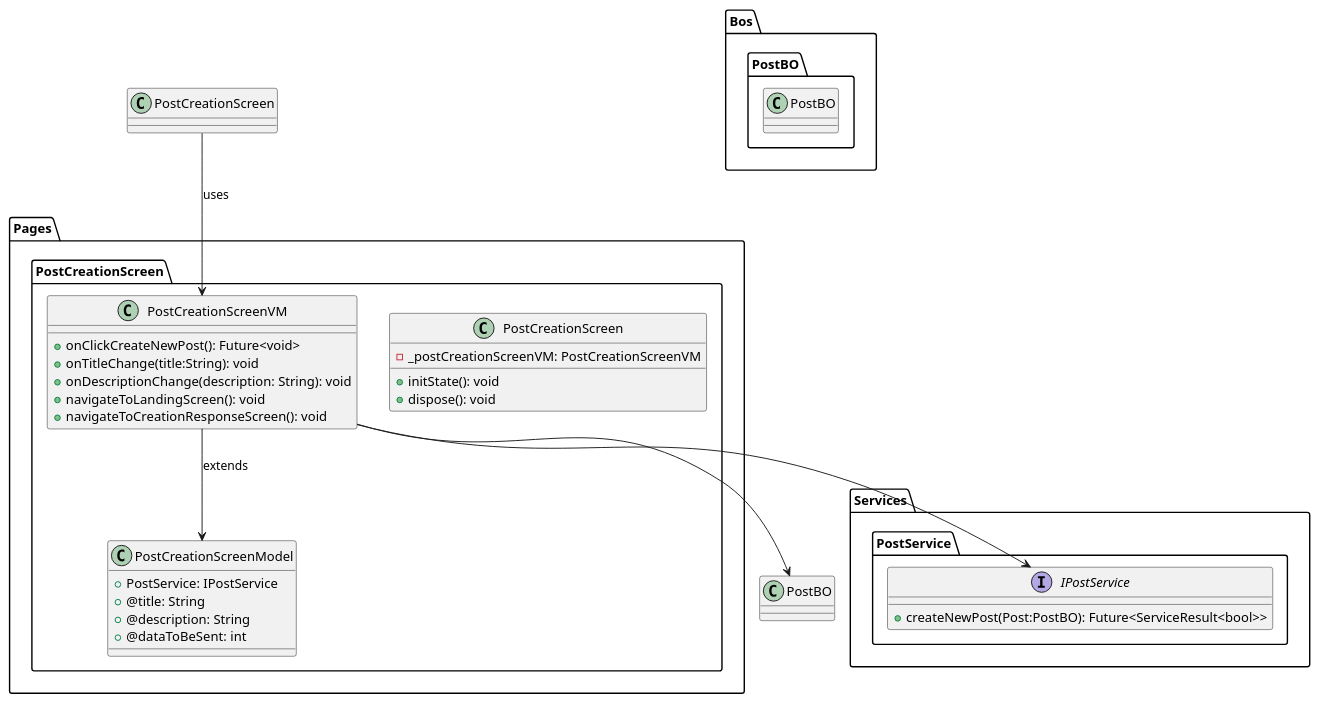
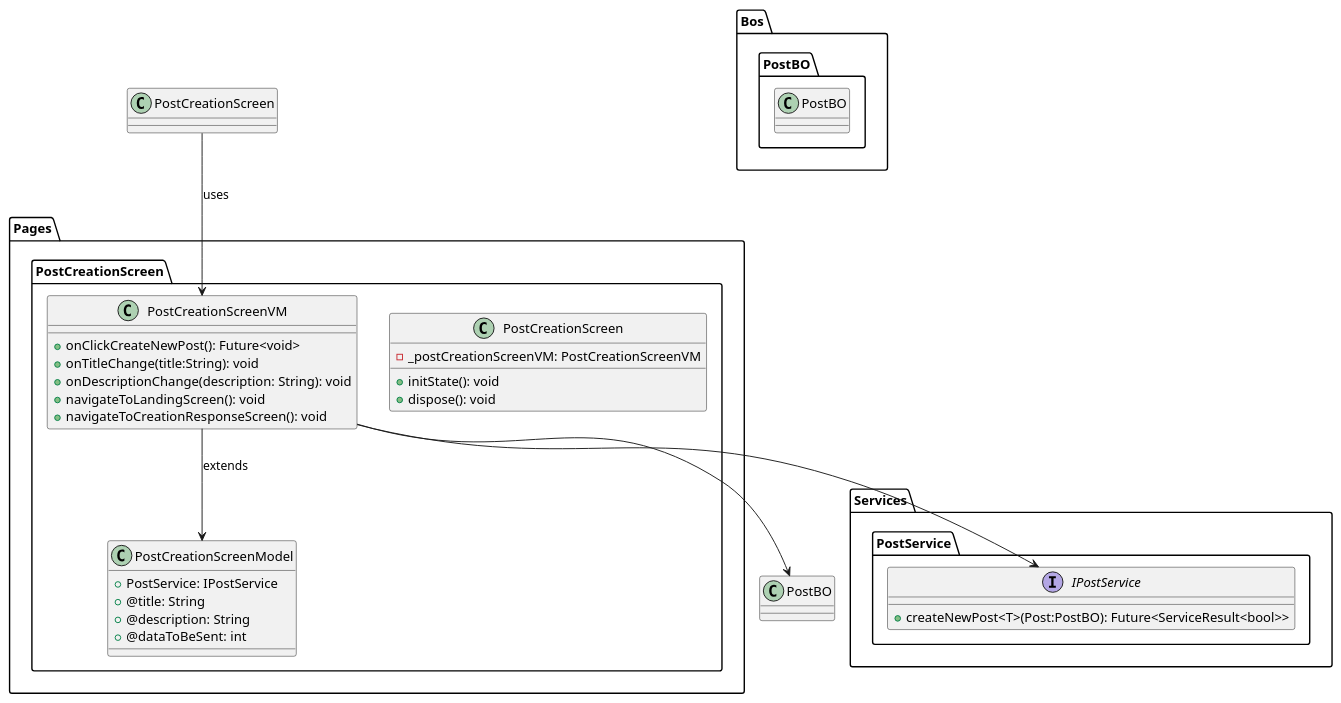
The diagram in lib/Pages/PostCreationScreen/Design/PostCreationScreen-Class.puml (Sriram6122001/Project-Social-media-application), drawn with PlantUML before and after one commit. The commit also changed 10 other files, not shown here.

```diff
--- a/lib/Pages/PostCreationScreen/Design/PostCreationScreen-Class.puml
+++ b/lib/Pages/PostCreationScreen/Design/PostCreationScreen-Class.puml
@@ -1,48 +1,48 @@
 @startuml PostCreationScreen Class Diagram 
 
 package Pages{
     package PostCreationScreen{
         Class PostCreationScreen{
             - _postCreationScreenVM: PostCreationScreenVM
             + initState(): void 
             + dispose(): void
           
         }
         class PostCreationScreenVM{
             + onClickCreateNewPost(): Future<void>
             + onTitleChange(title:String): void 
             + onDescriptionChange(description: String): void 
             + navigateToLandingScreen(): void 
             + navigateToCreationResponseScreen(): void
         }
 
         class PostCreationScreenModel{
             + PostService: IPostService
             + @title: String
             + @description: String
             + @dataToBeSent: int
         }
     }
 }
 
 package Bos{
     package PostBO{
         Class PostBO{
         }
     }
 }
 
 package Services{
     package PostService{
         Interface IPostService{
-            + createNewPost(Post:PostBO): Future<ServiceResult<bool>>
+            + createNewPost<T>(Post:PostBO): Future<ServiceResult<bool>>
         }
     }
 }
 
 PostCreationScreen --> PostCreationScreenVM: uses
 PostCreationScreenVM --> PostCreationScreenModel: extends
 PostCreationScreenVM --> PostBO
 PostCreationScreenVM --> IPostService
 
 @enduml
```
